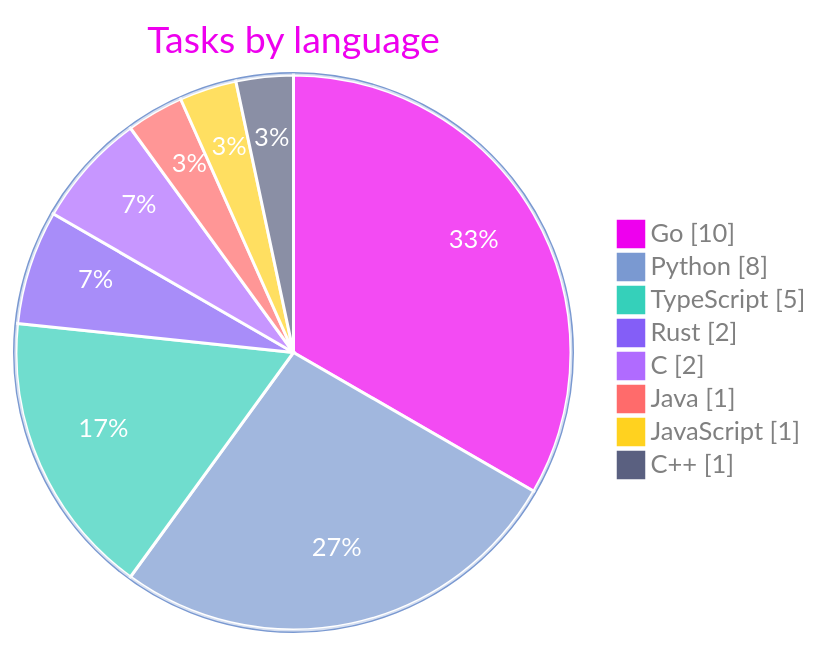
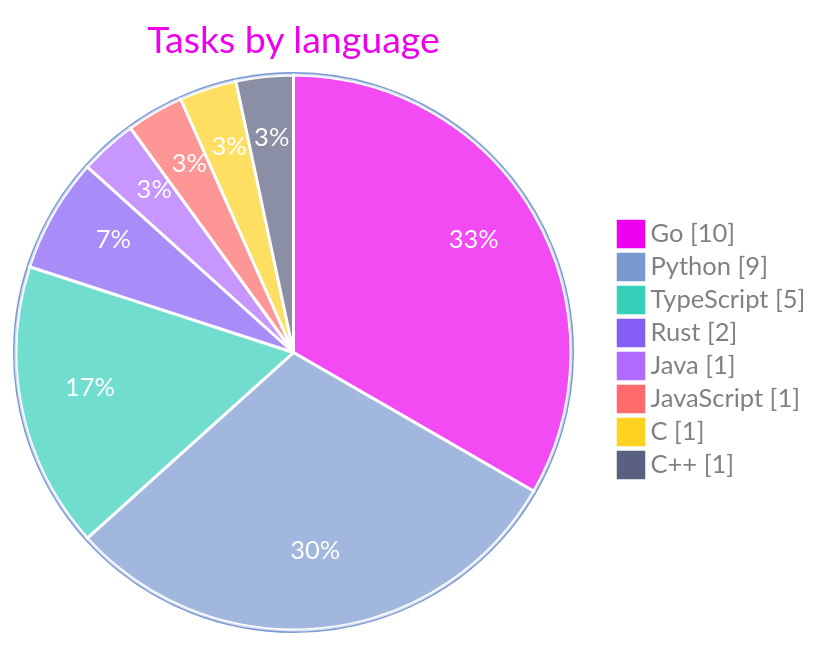
Before and after one commit to EtharaOrion/milo-bench-samples: the first of 2 diagrams in README.md, drawn with Mermaid. The commit also changed other lines of this file and 4476 other files, not shown here.

````diff
--- a/README.md
+++ b/README.md
@@ -198,12 +217,12 @@
 ```mermaid
 %%{init: {'theme':'base','themeVariables':{'primaryTextColor':'#ffffff','pieStrokeColor':'#ffffff','pieStrokeWidth':'2px','pieOuterStrokeColor':'#7a99d1','pieTitleTextColor':'#ee00ee','pieSectionTextColor':'#ffffff','pieLegendTextColor':'#808080','pie1':'#ee00ee','pie2':'#7a99d1','pie3':'#35d0ba','pie4':'#845EF7','pie5':'#b06bff','pie6':'#ff6b6b','pie7':'#FFD21F','pie8':'#5a6080','fontFamily':'DM Sans, Roboto, Segoe UI, sans-serif'}}}%%
 pie showData title Tasks by language
   "Go" : 10
-  "Python" : 8
+  "Python" : 9
   "TypeScript" : 5
   "Rust" : 2
-  "C" : 2
   "Java" : 1
   "JavaScript" : 1
+  "C" : 1
   "C++" : 1
 ```
````
